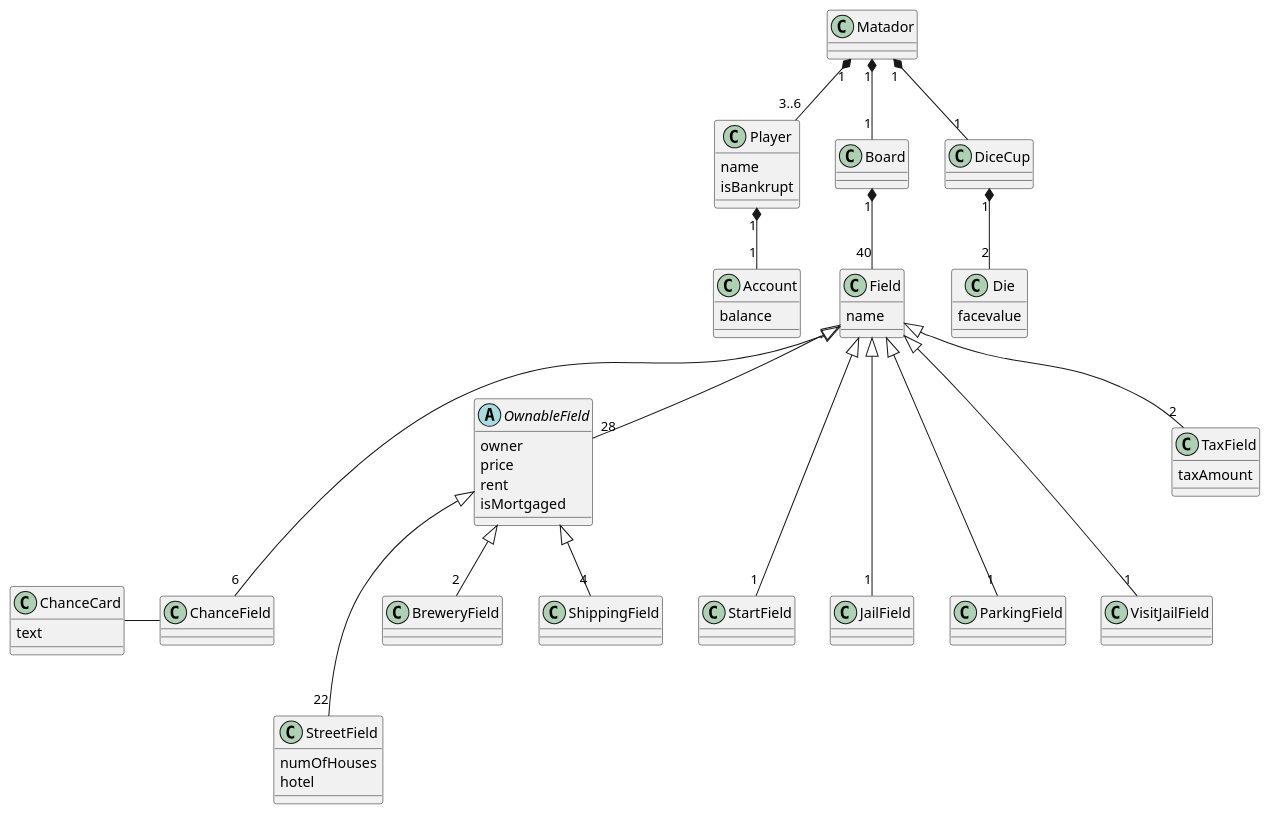
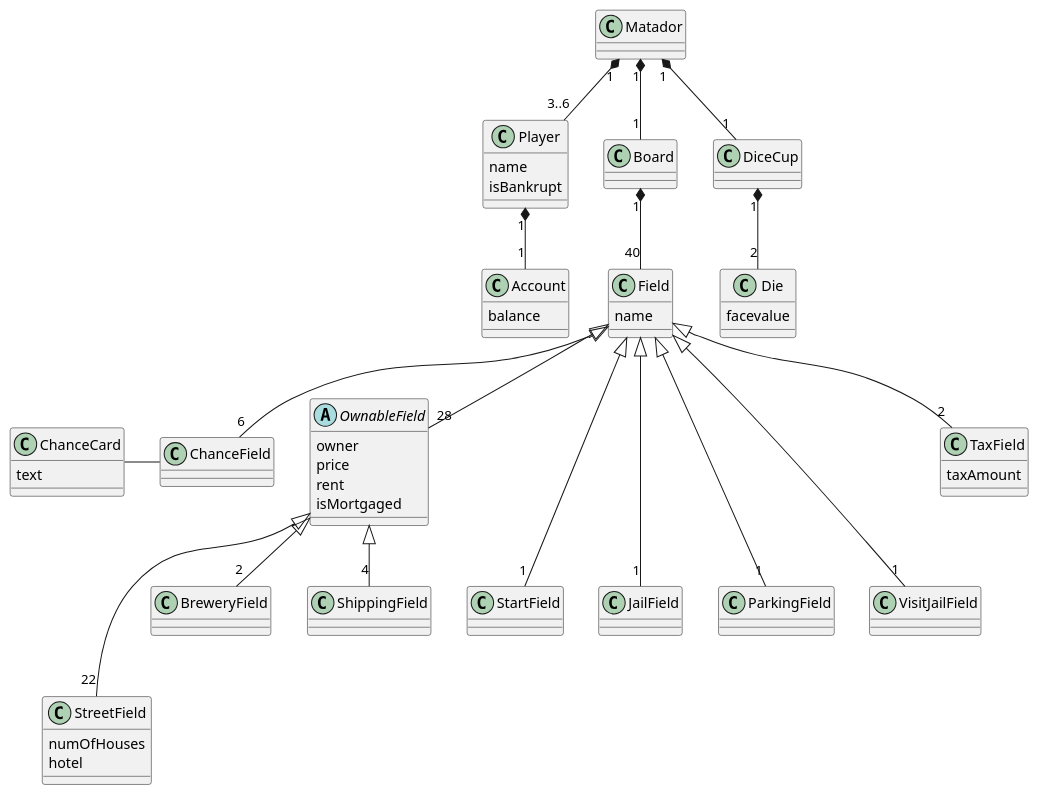
The diagram in 18_final/UML/DomainModel.puml (GabeKierk889/gruppe-18), drawn with PlantUML before and after one commit. The commit also changed 2 other files, not shown here.

```diff
--- a/18_final/UML/DomainModel.puml
+++ b/18_final/UML/DomainModel.puml
@@ -1,102 +1,102 @@
 @startuml
 'https://plantuml.com/class-diagram
 skinparam classAttributeIconSize 0
 
 class Matador {
 
 }
 
 class Player {
     name
     isBankrupt
 }
 
 class Board {
 
 }
 
 class Field {
     name
 }
 
 class Account {
     balance
 }
 
 class DiceCup {
 
 }
 
 class Die {
     facevalue
 
 }
 
 class ChanceCard {
     text
 }
 
 abstract class OwnableField {
         owner
         price
         rent
         isMortgaged
 }
 
 class StartField {
 
 }
 
 class StreetField {
     numOfHouses
     hotel
 }
 
 class BreweryField {
 
 }
 
 class ShippingField {
 
 }
 
 class ChanceField {
 
 }
 
 class JailField {
 
 }
 
 class ParkingField {
 
 }
 
 class VisitJailField {
 
 }
 
 class TaxField {
     taxAmount
 }
 
 Matador "1" *-- "1" Board
 Matador "1" *-- "1" DiceCup
 Matador "1" *-- "3..6" Player
 Player "1" *-- "1" Account
 Board "1" *-- "40" Field
 Field <|--- "1" StartField
 OwnableField <|--- "22" StreetField
-Field <|--- "6" ChanceField
+Field <|-- "6" ChanceField
 Field <|--- "1" JailField
 Field <|--- "1" ParkingField
 Field <|--- "1" VisitJailField
 ChanceCard - ChanceField
 DiceCup "1" *-- "2" Die
 Field <|-- "28" OwnableField
 OwnableField <|-- "2" BreweryField
 OwnableField <|-- "4" ShippingField
 Field <|-- "2" TaxField
 
 
 @enduml
```
